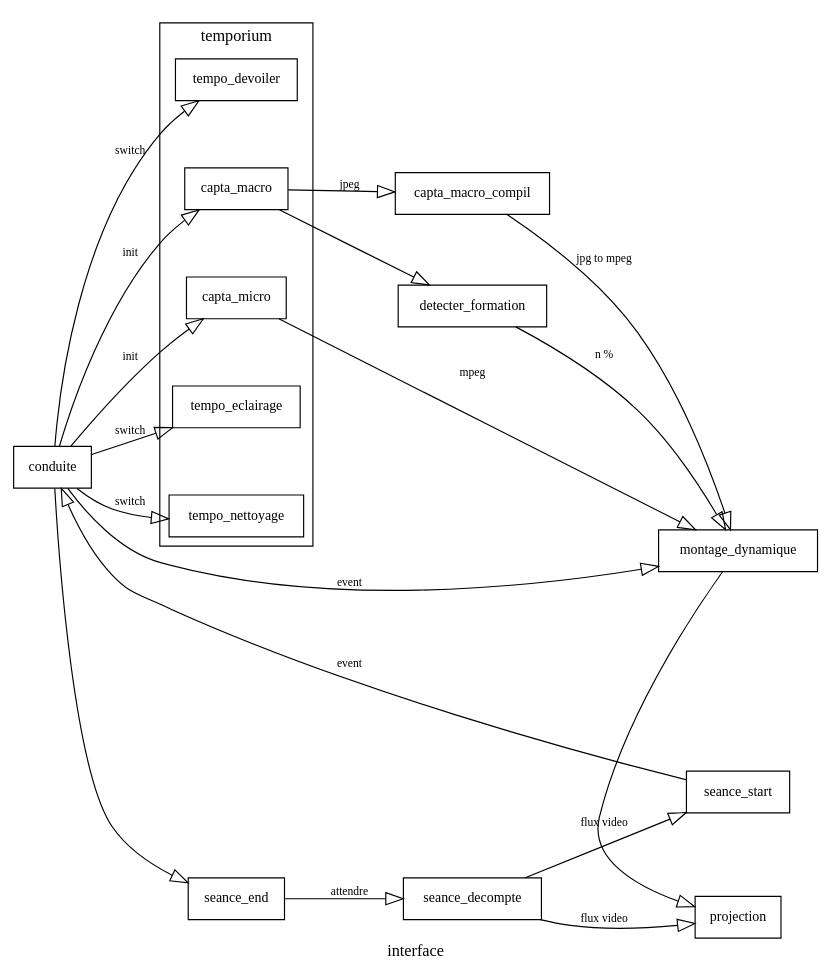
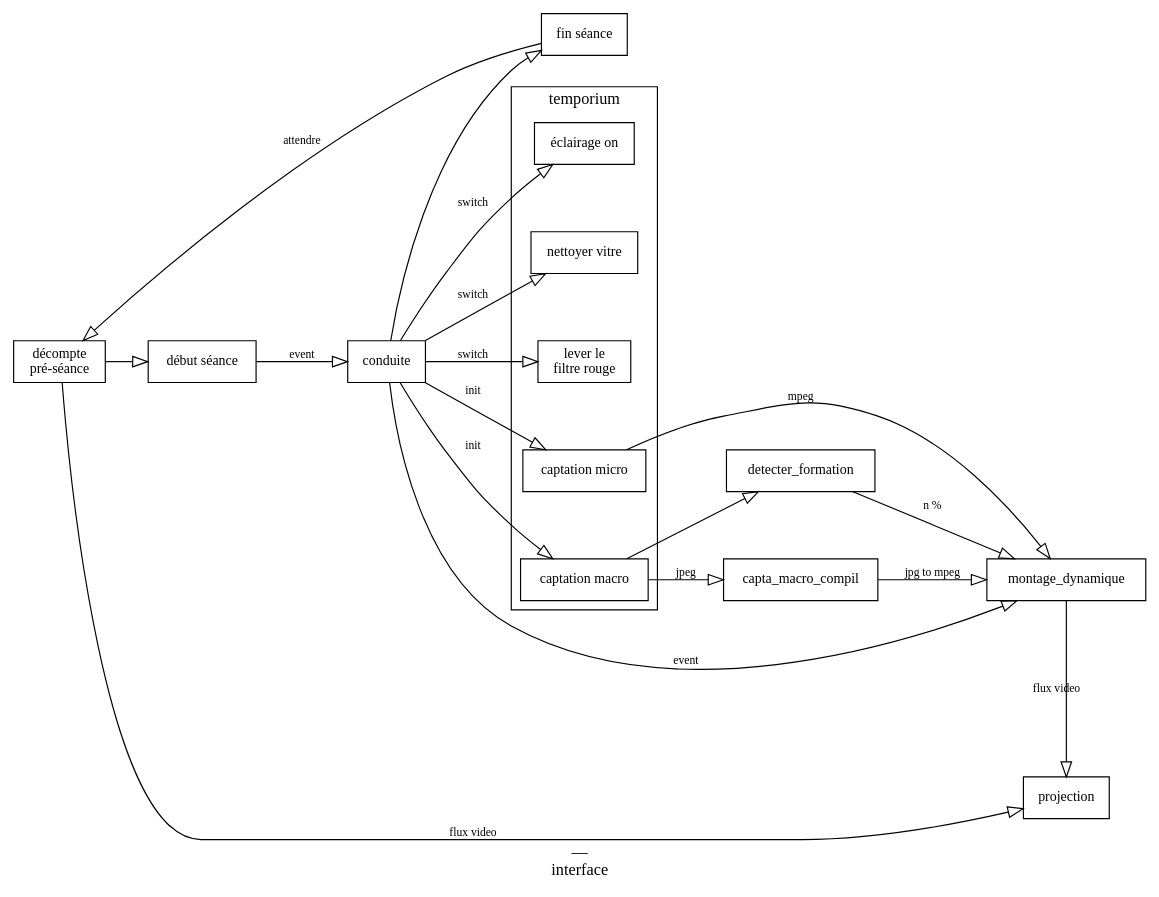
One commit to dcfvg/temporium changed the diagram in doc/interface.dot. Above: the diagram before and after it, drawn with Graphviz.

Commit message:
map update

```diff
--- a/doc/interface.dot
+++ b/doc/interface.dot
@@ -1,50 +1,62 @@
 digraph {
-  label="interface"
+  label="—\ninterface"
   
   rankdir="LR"
   nodesep = .8
   
   fontsize=14
   fontname="monaco"
   
   node[fontsize=12, fontname="monaco", shape=box]
-  edge[fontsize=10, fontname="monaco", arrowhead=empty, arrowsize=1.5]
+  edge[fontsize=10, fontname="monaco", arrowhead=empty, arrowsize=1.3]
   
 
   
   subgraph cluster_tempo {
     
     label="temporium"
     
     tempo_eclairage
     tempo_nettoyage
     tempo_devoiler
     capta_micro
     capta_macro
     
   }
+  
+  seance_end      [label="fin séance"]
+  seance_decompte [label="décompte\npré-séance"]
+  seance_start    [label="début séance"]
+  
+  capta_micro[label="captation micro"]
+  capta_macro[label="captation macro"]
+  
+  tempo_eclairage [label="éclairage on"]
+  tempo_nettoyage [label="nettoyer vitre"]
+  tempo_devoiler  [label="lever le\nfiltre rouge"]
+  
   
   conduite -> {tempo_eclairage, tempo_nettoyage, tempo_devoiler}  [label=" switch"]
   conduite -> seance_end
   conduite -> {capta_macro, capta_micro} [label=" init"]
   detecter_formation -> montage_dynamique [label=" n %"] 
   
   seance_end -> seance_decompte [label=" attendre"]
   seance_start -> conduite  -> montage_dynamique [label=" event"]
   seance_decompte -> seance_start
   
   
   capta_micro -> montage_dynamique   [label=" mpeg"]
   capta_macro -> capta_macro_compil [label=" jpeg"]
   capta_macro_compil -> montage_dynamique [label=" jpg to mpeg"]
   capta_macro -> detecter_formation
   
   {montage_dynamique,seance_decompte} -> projection [label="flux video"]
   
   {
     rank="same"
     montage_dynamique
     projection
   }
   
 }
```
